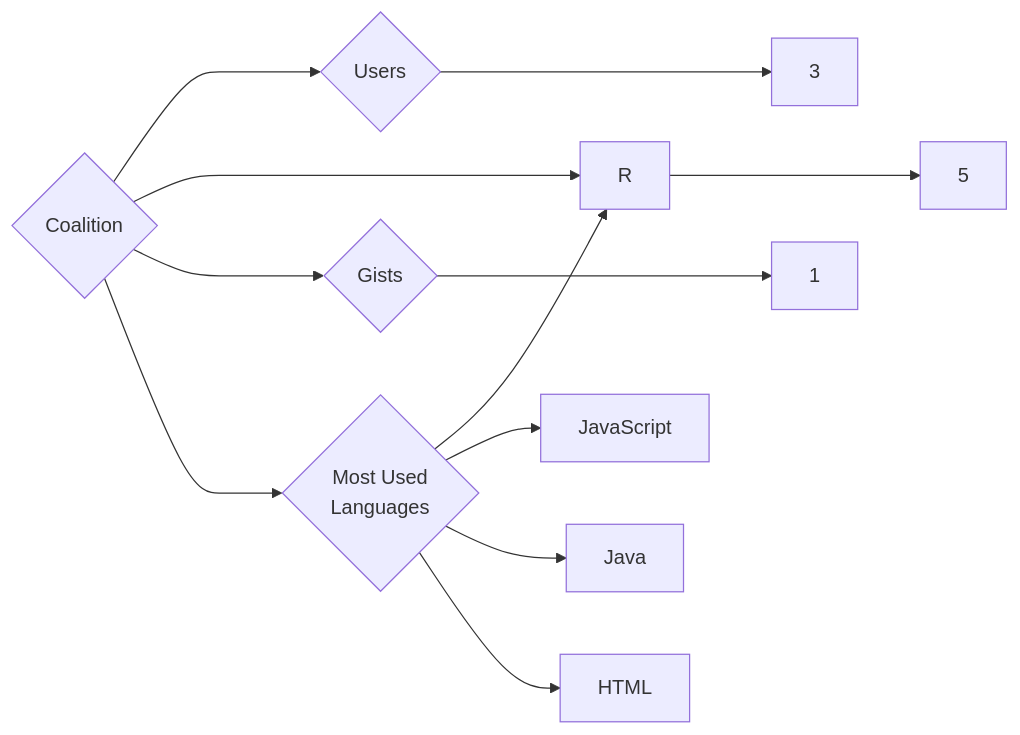
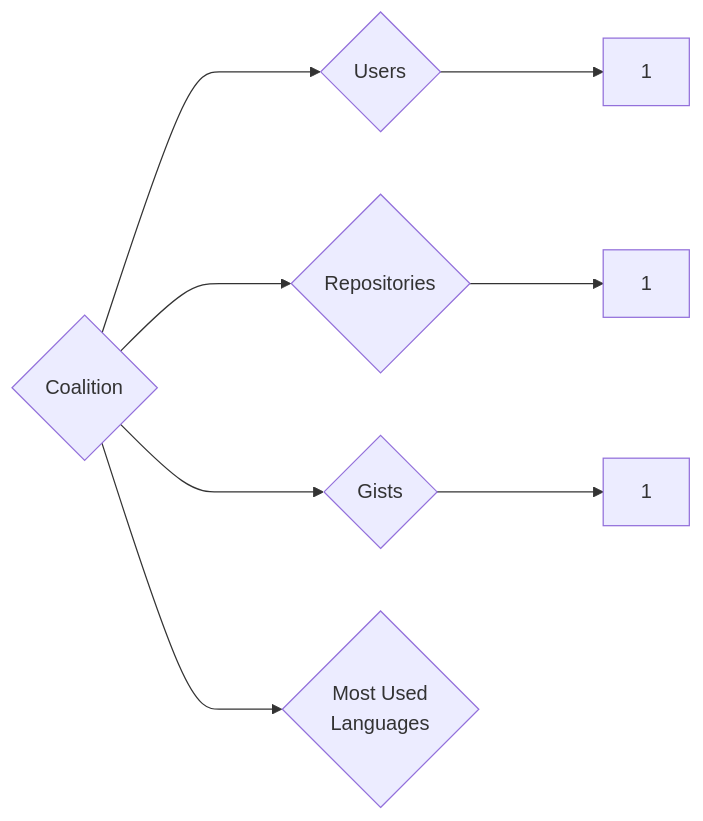
One commit to trickest/insiders changed the diagram in targets/Coalition/README.md. Above: the diagram before and after it, drawn with Mermaid. The commit also changed 900 other files, not shown here.

````diff
--- a/targets/Coalition/README.md
+++ b/targets/Coalition/README.md
@@ -3,12 +3,8 @@
 ```mermaid
 graph LR
 COMPANY_NAME{Coalition}
-COMPANY_NAME ---> U{Users} ---> UN[3]
-COMPANY_NAME ---> R{Repositories} ---> RN[5]
+COMPANY_NAME ---> U{Users} ---> UN[1]
+COMPANY_NAME ---> R{Repositories} ---> RN[1]
 COMPANY_NAME ---> G{Gists} ---> GN[1]
 COMPANY_NAME ---> ML{Most Used<br>Languages}
-ML --> R[R]
-ML --> JavaScript[JavaScript]
-ML --> Java[Java]
-ML --> HTML[HTML]
 ```
````
